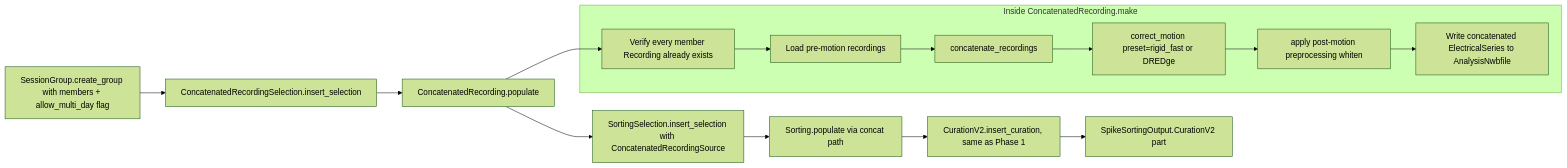
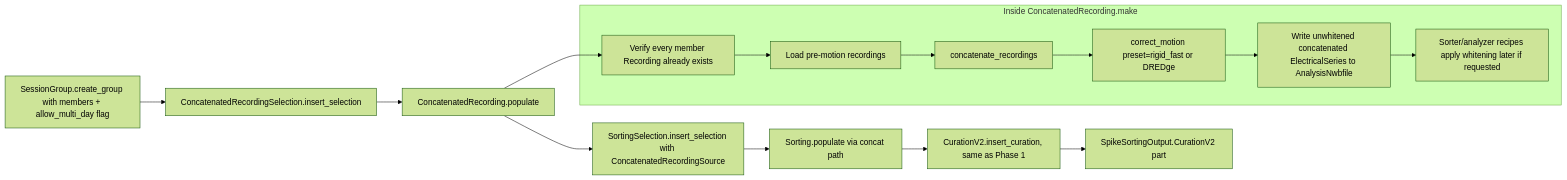
The second of 2 diagrams in .claude/docs/plans/spikesorting-v2/diagrams/03-phase-3.md (LorenFrankLab/spyglass), drawn with Mermaid (forest theme) before and after one commit. The commit also changed other lines of this file and 9 other files, not shown here.

First line of the commit message:
Refactor spikesorting v2 to enhance concatenated recording handling and preprocessing

````diff
--- a/.claude/docs/plans/spikesorting-v2/diagrams/03-phase-3.md
+++ b/.claude/docs/plans/spikesorting-v2/diagrams/03-phase-3.md
@@ -103,19 +103,19 @@
 ```mermaid
 flowchart LR
     A[SessionGroup.create_group with members + allow_multi_day flag] --> B[ConcatenatedRecordingSelection.insert_selection]
     B --> C[ConcatenatedRecording.populate]
     C --> D[SortingSelection.insert_selection with ConcatenatedRecordingSource]
     D --> E[Sorting.populate via concat path]
     E --> F[CurationV2.insert_curation, same as Phase 1]
     F --> G[SpikeSortingOutput.CurationV2 part]
 
     subgraph "Inside ConcatenatedRecording.make"
         C1[Verify every member Recording already exists] --> C2[Load pre-motion recordings]
         C2 --> C3[concatenate_recordings]
         C3 --> C4[correct_motion preset=rigid_fast or DREDge]
-        C4 --> C5[apply post-motion preprocessing whiten]
-        C5 --> C6[Write concatenated ElectricalSeries to AnalysisNwbfile]
+        C4 --> C5[Write unwhitened concatenated ElectricalSeries to AnalysisNwbfile]
+        C5 --> C6[Sorter/analyzer recipes apply whitening later if requested]
     end
 
     C --> C1
 ```
````
